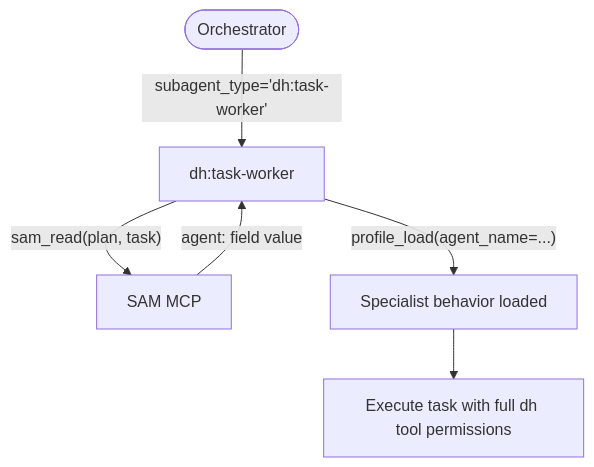
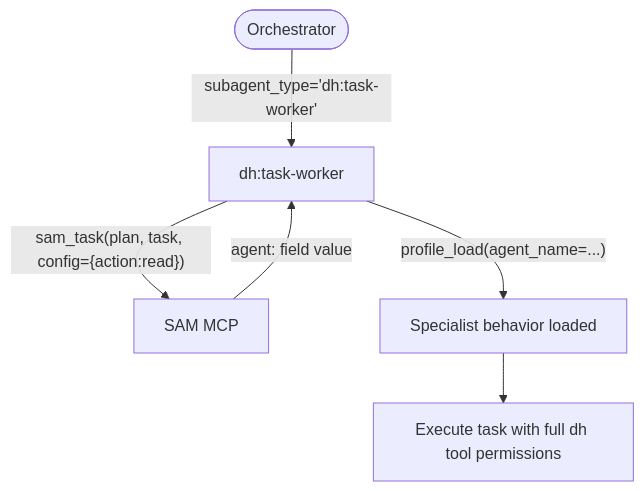
Before and after one commit to Jamie-BitFlight/claude_skills: the third of 3 diagrams in plugins/development-harness/AGENTS.md, drawn with Mermaid. The commit also changed other lines of this file and 16 other files, not shown here.

````diff
--- a/plugins/development-harness/AGENTS.md
+++ b/plugins/development-harness/AGENTS.md
@@ -256,8 +253,8 @@
 ```mermaid
 flowchart TD
     Orchestrator([Orchestrator]) -->|"subagent_type='dh:task-worker'"| Worker[dh:task-worker]
-    Worker -->|"sam_read(plan, task)"| SAM[SAM MCP]
+    Worker -->|"sam_task(plan, task, config={action:read})"| SAM[SAM MCP]
     SAM -->|"agent: field value"| Worker
     Worker -->|"profile_load(agent_name=...)"| Profile[Specialist behavior loaded]
     Profile --> Execute[Execute task with full dh tool permissions]
 ```
````
